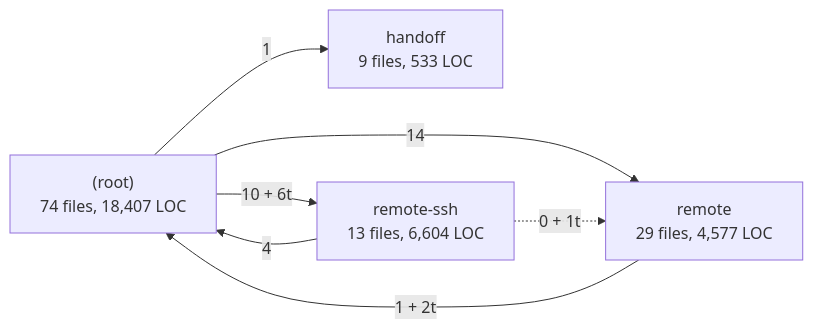
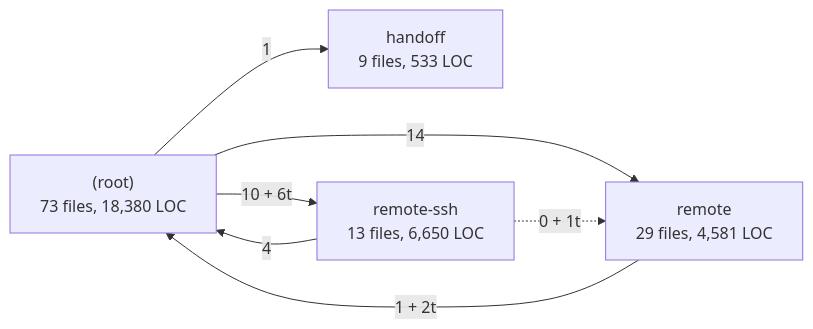
One commit to pollog09/DisTerm changed the third of 8 diagrams in docs/architecture/GRAPH.md. Above: the diagram before and after it, drawn with Mermaid. The commit also changed other lines of this file and 72 other files, not shown here.

````diff
--- a/docs/architecture/GRAPH.md
+++ b/docs/architecture/GRAPH.md
@@ -109,13 +115,13 @@
 ```mermaid
 flowchart LR
-  n_main__root_["(root)<br/>74 files, 18,407 LOC"]
+  n_main__root_["(root)<br/>73 files, 18,380 LOC"]
   n_main_handoff["handoff<br/>9 files, 533 LOC"]
-  n_main_remote["remote<br/>29 files, 4,577 LOC"]
-  n_main_remote_ssh["remote-ssh<br/>13 files, 6,604 LOC"]
+  n_main_remote["remote<br/>29 files, 4,581 LOC"]
+  n_main_remote_ssh["remote-ssh<br/>13 files, 6,650 LOC"]
   n_main__root_ -->|"1"| n_main_handoff
   n_main__root_ -->|"14"| n_main_remote
   n_main__root_ -->|"10 + 6t"| n_main_remote_ssh
   n_main_remote -->|"1 + 2t"| n_main__root_
   n_main_remote_ssh -->|"4"| n_main__root_
   n_main_remote_ssh -.->|"0 + 1t"| n_main_remote
 ```
````
